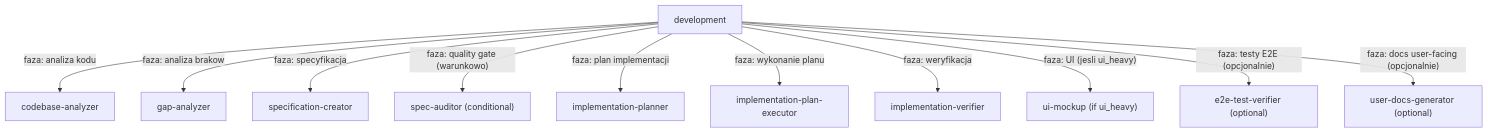
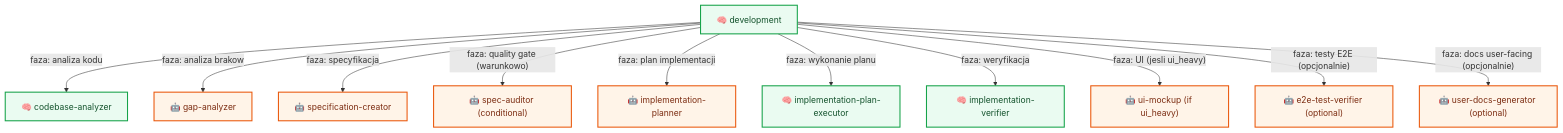
One commit to plucins/flowbit changed the third of 10 diagrams in docs/flow/workflows.md. Above: the diagram before and after it, drawn with Mermaid. The commit also changed other lines of this file and 1 other file, not shown here.

Commit message:
Enhance mermaid diagrams with icons and improved formatting in overview and workflows documentation

````diff
--- a/docs/flow/workflows.md
+++ b/docs/flow/workflows.md
@@ -64,13 +78,18 @@
 ```mermaid
 graph TD
-  DEV2["development"] -- "faza: analiza kodu" --> CODEBASE_D["codebase-analyzer"]
-  DEV2 -- "faza: analiza brakow" --> GAP_D["gap-analyzer"]
-  DEV2 -- "faza: specyfikacja" --> SPEC_D["specification-creator"]
-  DEV2 -- "faza: quality gate (warunkowo)" --> AUD_D["spec-auditor (conditional)"]
-  DEV2 -- "faza: plan implementacji" --> PLAN_D["implementation-planner"]
-  DEV2 -- "faza: wykonanie planu" --> EXEC_D["implementation-plan-executor"]
-  DEV2 -- "faza: weryfikacja" --> VER_D["implementation-verifier"]
-  DEV2 -- "faza: UI (jesli ui_heavy)" --> UI_D["ui-mockup (if ui_heavy)"]
-  DEV2 -- "faza: testy E2E (opcjonalnie)" --> E2E_D["e2e-test-verifier (optional)"]
-  DEV2 -- "faza: docs user-facing (opcjonalnie)" --> UDOCS_D["user-docs-generator (optional)"]
+  DEV2["🧠 development"] -- "faza: analiza kodu" --> CODEBASE_D["🧠 codebase-analyzer"]
+  DEV2 -- "faza: analiza brakow" --> GAP_D["🤖 gap-analyzer"]
+  DEV2 -- "faza: specyfikacja" --> SPEC_D["🤖 specification-creator"]
+  DEV2 -- "faza: quality gate (warunkowo)" --> AUD_D["🤖 spec-auditor (conditional)"]
+  DEV2 -- "faza: plan implementacji" --> PLAN_D["🤖 implementation-planner"]
+  DEV2 -- "faza: wykonanie planu" --> EXEC_D["🧠 implementation-plan-executor"]
+  DEV2 -- "faza: weryfikacja" --> VER_D["🧠 implementation-verifier"]
+  DEV2 -- "faza: UI (jesli ui_heavy)" --> UI_D["🤖 ui-mockup (if ui_heavy)"]
+  DEV2 -- "faza: testy E2E (opcjonalnie)" --> E2E_D["🤖 e2e-test-verifier (optional)"]
+  DEV2 -- "faza: docs user-facing (opcjonalnie)" --> UDOCS_D["🤖 user-docs-generator (optional)"]
+
+  classDef skill fill:#EAFBF1,stroke:#16A34A,stroke-width:2px,color:#14532D;
+  classDef agent fill:#FFF4E8,stroke:#EA580C,stroke-width:2px,color:#7C2D12;
+  class DEV2,CODEBASE_D,EXEC_D,VER_D skill;
+  class GAP_D,SPEC_D,AUD_D,PLAN_D,UI_D,E2E_D,UDOCS_D agent;
 ```
````
